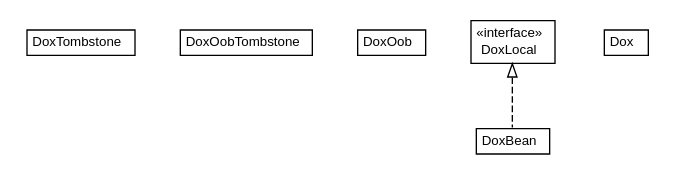
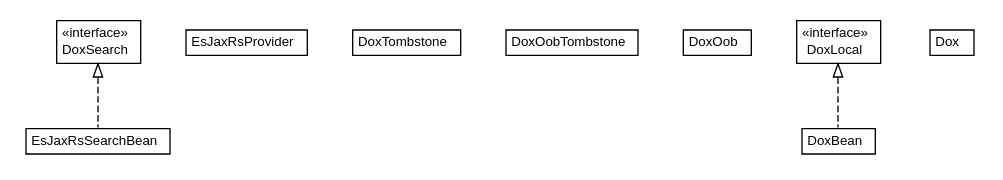
Before and after one commit to trajano/doxdb: the diagram in doxdb-rest/apidocs/net/trajano/doxdb/ejb/net.trajano.doxdb.ejb.dot, drawn with Graphviz. The commit also changed 159 other files, not shown here.

```diff
--- a/doxdb-rest/apidocs/net/trajano/doxdb/ejb/net.trajano.doxdb.ejb.dot
+++ b/doxdb-rest/apidocs/net/trajano/doxdb/ejb/net.trajano.doxdb.ejb.dot
@@ -1,51 +1,72 @@
 #!/usr/local/bin/dot
 #
 # Class diagram 
 # Generated by UMLGraph version R5_6-24-gf6e263 (http://www.umlgraph.org/)
 #
 
 digraph G {
 	edge [fontname="arial",fontsize=10,labelfontname="arial",labelfontsize=10];
 	node [fontname="arial",fontsize=10,shape=plaintext];
 	nodesep=0.25;
 	ranksep=0.5;
+	// net.trajano.doxdb.ejb.EsJaxRsSearchBean
+	c0 [label=<<table title="net.trajano.doxdb.ejb.EsJaxRsSearchBean" border="0" cellborder="1" cellspacing="0" cellpadding="2" port="p" href="./EsJaxRsSearchBean.html">
+		<tr><td><table border="0" cellspacing="0" cellpadding="1">
+<tr><td align="center" balign="center"> EsJaxRsSearchBean </td></tr>
+		</table></td></tr>
+		</table>>, URL="./EsJaxRsSearchBean.html", fontname="arial", fontcolor="black", fontsize=10.0];
+	// net.trajano.doxdb.ejb.EsJaxRsProvider
+	c1 [label=<<table title="net.trajano.doxdb.ejb.EsJaxRsProvider" border="0" cellborder="1" cellspacing="0" cellpadding="2" port="p" href="./EsJaxRsProvider.html">
+		<tr><td><table border="0" cellspacing="0" cellpadding="1">
+<tr><td align="center" balign="center"> EsJaxRsProvider </td></tr>
+		</table></td></tr>
+		</table>>, URL="./EsJaxRsProvider.html", fontname="arial", fontcolor="black", fontsize=10.0];
 	// net.trajano.doxdb.ejb.DoxTombstone
-	c0 [label=<<table title="net.trajano.doxdb.ejb.DoxTombstone" border="0" cellborder="1" cellspacing="0" cellpadding="2" port="p" href="./DoxTombstone.html">
+	c2 [label=<<table title="net.trajano.doxdb.ejb.DoxTombstone" border="0" cellborder="1" cellspacing="0" cellpadding="2" port="p" href="./DoxTombstone.html">
 		<tr><td><table border="0" cellspacing="0" cellpadding="1">
 <tr><td align="center" balign="center"> DoxTombstone </td></tr>
 		</table></td></tr>
 		</table>>, URL="./DoxTombstone.html", fontname="arial", fontcolor="black", fontsize=10.0];
+	// net.trajano.doxdb.ejb.DoxSearch
+	c3 [label=<<table title="net.trajano.doxdb.ejb.DoxSearch" border="0" cellborder="1" cellspacing="0" cellpadding="2" port="p" href="./DoxSearch.html">
+		<tr><td><table border="0" cellspacing="0" cellpadding="1">
+<tr><td align="center" balign="center"> &#171;interface&#187; </td></tr>
+<tr><td align="center" balign="center"> DoxSearch </td></tr>
+		</table></td></tr>
+		</table>>, URL="./DoxSearch.html", fontname="arial", fontcolor="black", fontsize=10.0];
 	// net.trajano.doxdb.ejb.DoxOobTombstone
-	c1 [label=<<table title="net.trajano.doxdb.ejb.DoxOobTombstone" border="0" cellborder="1" cellspacing="0" cellpadding="2" port="p" href="./DoxOobTombstone.html">
+	c4 [label=<<table title="net.trajano.doxdb.ejb.DoxOobTombstone" border="0" cellborder="1" cellspacing="0" cellpadding="2" port="p" href="./DoxOobTombstone.html">
 		<tr><td><table border="0" cellspacing="0" cellpadding="1">
 <tr><td align="center" balign="center"> DoxOobTombstone </td></tr>
 		</table></td></tr>
 		</table>>, URL="./DoxOobTombstone.html", fontname="arial", fontcolor="black", fontsize=10.0];
 	// net.trajano.doxdb.ejb.DoxOob
-	c2 [label=<<table title="net.trajano.doxdb.ejb.DoxOob" border="0" cellborder="1" cellspacing="0" cellpadding="2" port="p" href="./DoxOob.html">
+	c5 [label=<<table title="net.trajano.doxdb.ejb.DoxOob" border="0" cellborder="1" cellspacing="0" cellpadding="2" port="p" href="./DoxOob.html">
 		<tr><td><table border="0" cellspacing="0" cellpadding="1">
 <tr><td align="center" balign="center"> DoxOob </td></tr>
 		</table></td></tr>
 		</table>>, URL="./DoxOob.html", fontname="arial", fontcolor="black", fontsize=10.0];
 	// net.trajano.doxdb.ejb.DoxLocal
-	c3 [label=<<table title="net.trajano.doxdb.ejb.DoxLocal" border="0" cellborder="1" cellspacing="0" cellpadding="2" port="p" href="./DoxLocal.html">
+	c6 [label=<<table title="net.trajano.doxdb.ejb.DoxLocal" border="0" cellborder="1" cellspacing="0" cellpadding="2" port="p" href="./DoxLocal.html">
 		<tr><td><table border="0" cellspacing="0" cellpadding="1">
 <tr><td align="center" balign="center"> &#171;interface&#187; </td></tr>
 <tr><td align="center" balign="center"> DoxLocal </td></tr>
 		</table></td></tr>
 		</table>>, URL="./DoxLocal.html", fontname="arial", fontcolor="black", fontsize=10.0];
 	// net.trajano.doxdb.ejb.DoxBean
-	c4 [label=<<table title="net.trajano.doxdb.ejb.DoxBean" border="0" cellborder="1" cellspacing="0" cellpadding="2" port="p" href="./DoxBean.html">
+	c7 [label=<<table title="net.trajano.doxdb.ejb.DoxBean" border="0" cellborder="1" cellspacing="0" cellpadding="2" port="p" href="./DoxBean.html">
 		<tr><td><table border="0" cellspacing="0" cellpadding="1">
 <tr><td align="center" balign="center"> DoxBean </td></tr>
 		</table></td></tr>
 		</table>>, URL="./DoxBean.html", fontname="arial", fontcolor="black", fontsize=10.0];
 	// net.trajano.doxdb.ejb.Dox
-	c5 [label=<<table title="net.trajano.doxdb.ejb.Dox" border="0" cellborder="1" cellspacing="0" cellpadding="2" port="p" href="./Dox.html">
+	c8 [label=<<table title="net.trajano.doxdb.ejb.Dox" border="0" cellborder="1" cellspacing="0" cellpadding="2" port="p" href="./Dox.html">
 		<tr><td><table border="0" cellspacing="0" cellpadding="1">
 <tr><td align="center" balign="center"> Dox </td></tr>
 		</table></td></tr>
 		</table>>, URL="./Dox.html", fontname="arial", fontcolor="black", fontsize=10.0];
+	//net.trajano.doxdb.ejb.EsJaxRsSearchBean implements net.trajano.doxdb.ejb.DoxSearch
+	c3:p -> c0:p [dir=back,arrowtail=empty,style=dashed];
 	//net.trajano.doxdb.ejb.DoxBean implements net.trajano.doxdb.ejb.DoxLocal
-	c3:p -> c4:p [dir=back,arrowtail=empty,style=dashed];
+	c6:p -> c7:p [dir=back,arrowtail=empty,style=dashed];
 }
```
